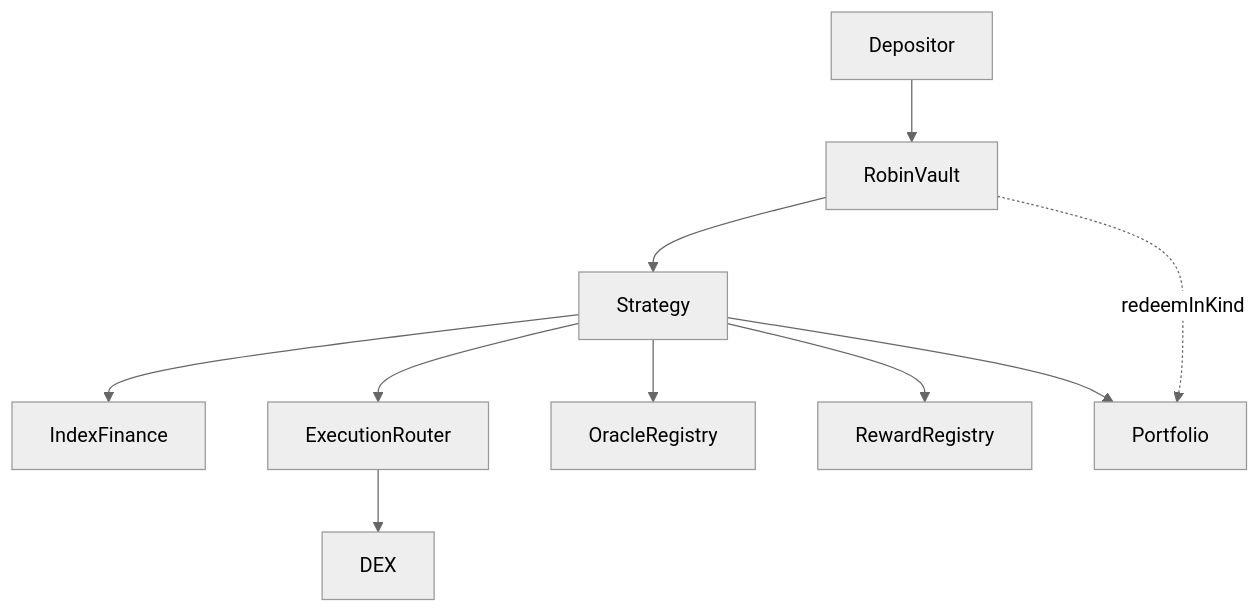
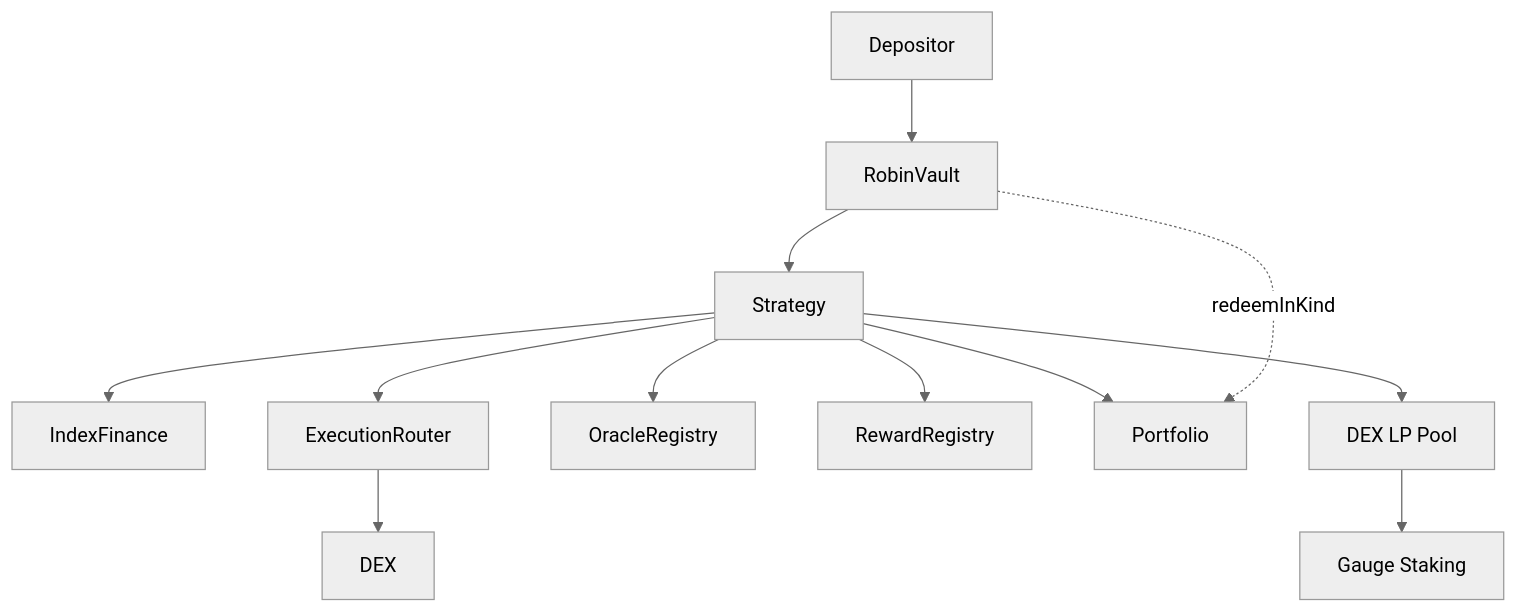
Before and after one commit to Robin-Harvest/robin-harvest-contracts: the diagram in README.md, drawn with Mermaid (neutral theme). The commit also changed other lines of this file and 4 other files, not shown here.

Commit message:
Update handbook architecture, execution flows, mathematics, and SUMMARY for rhINDEX-LP

````diff
--- a/README.md
+++ b/README.md
@@ -85,18 +85,21 @@
 ```mermaid
 flowchart TD
     Depositor --> RobinVault
     RobinVault --> Strategy
-    
+
     Strategy --> IndexFinance
-    
     Strategy --> ExecutionRouter
     ExecutionRouter --> DEX
-    
+
     Strategy --> OracleRegistry
     Strategy --> RewardRegistry
-    
+
     Strategy --> Portfolio
-    
+
+    %% LP Strategy flow
+    Strategy --> LpPair[DEX LP Pool]
+    LpPair --> Gauge[Gauge Staking]
+
     %% Optional in-kind redemption flow
     RobinVault -. redeemInKind .-> Portfolio
 ```
````
